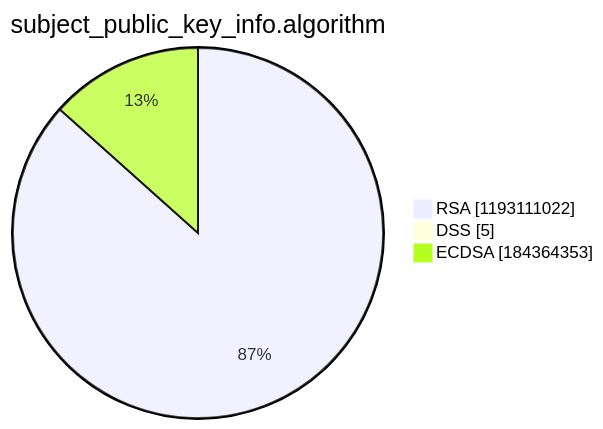
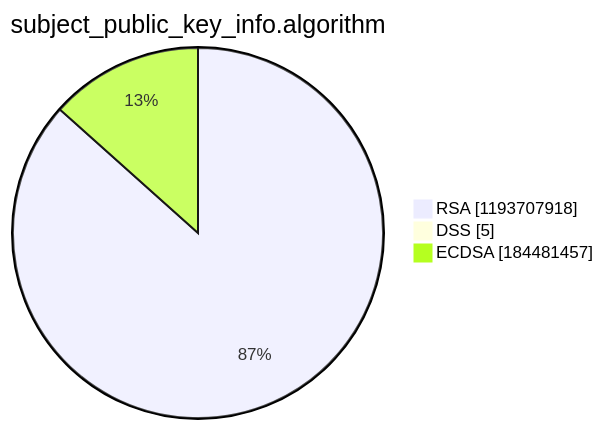
Before and after one commit to christiankrug/ctmonitor_visualization: the third of 15 diagrams in argon2022/README.md, drawn with Mermaid. The commit also changed other lines of this file, not shown here.

````diff
--- a/argon2022/README.md
+++ b/argon2022/README.md
@@ -14,7 +14,7 @@
 ```mermaid
 pie showData
 title subject_public_key_info.algorithm
-"RSA" :1193111022
+"RSA" :1193707918
 "DSS" :5
-"ECDSA" :184364353
+"ECDSA" :184481457
 ```
````
